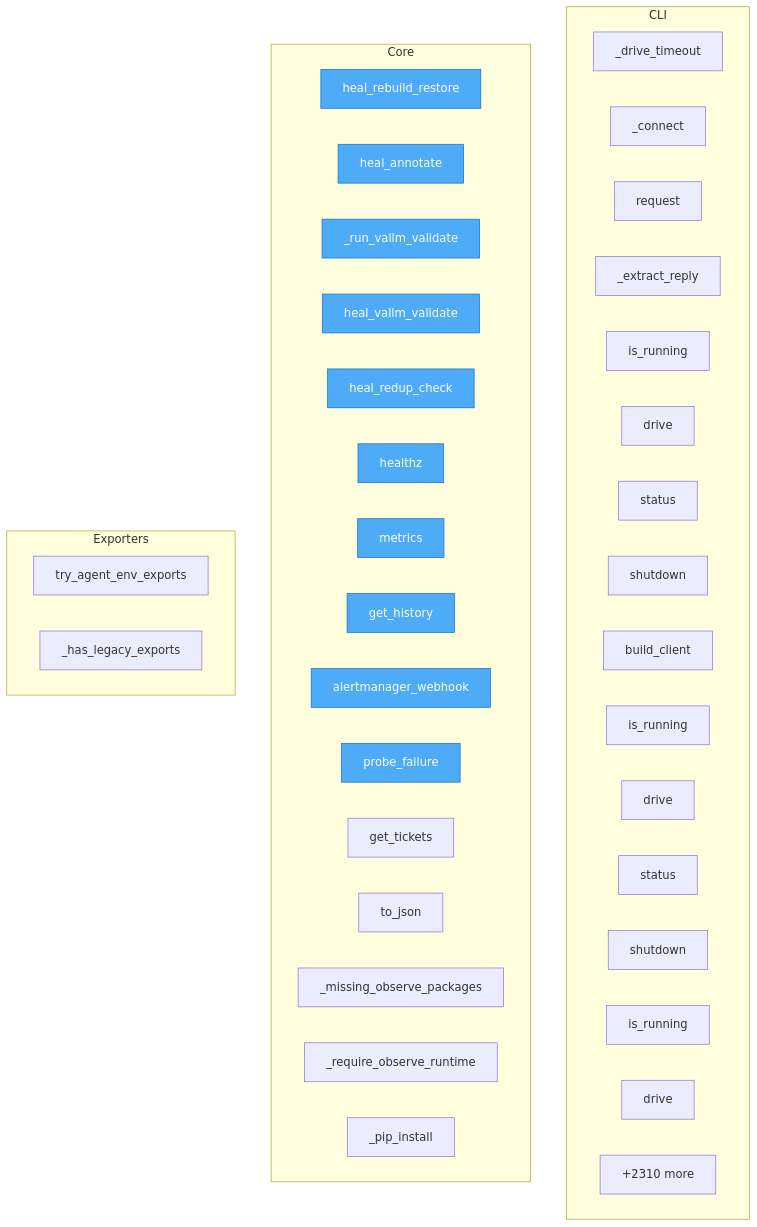
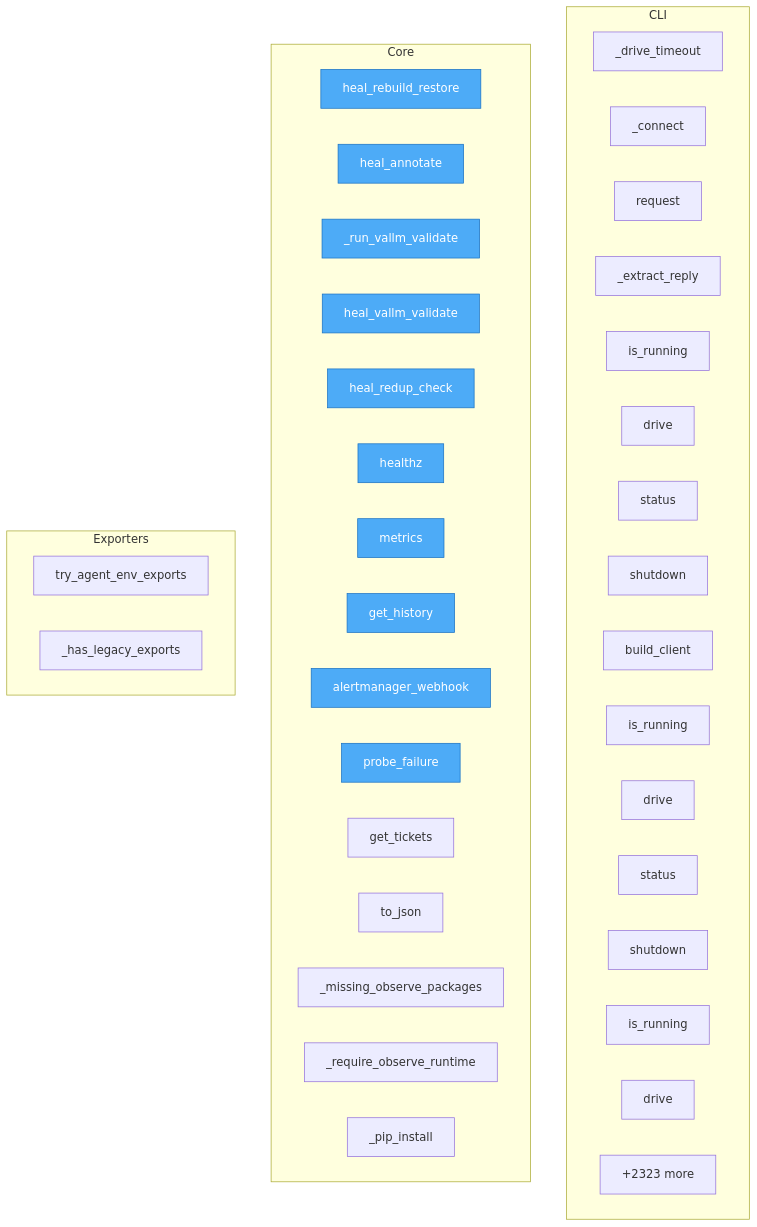
Before and after one commit to semcod/koru: the diagram in project/flow.mmd, drawn with Mermaid. The commit also changed 27 other files, not shown here.

```diff
--- a/project/flow.mmd
+++ b/project/flow.mmd
@@ -1,50 +1,50 @@
 flowchart TD
-%% generated in 0.13s
+%% generated in 0.17s
 
     %% Entry points (blue)
     classDef entry fill:#4dabf7,stroke:#1971c2,color:#fff
 
     subgraph CLI
         koruide__client__KoruIDEClient___drive_timeout["_drive_timeout"]
         koruide__client__KoruIDEClient___connect["_connect"]
         koruide__client__KoruIDEClient__request["request"]
         koruide__client__KoruIDEClient___extract_reply["_extract_reply"]
         koruide__client__KoruIDEClient__is_running["is_running"]
         koruide__client__KoruIDEClient__drive["drive"]
         koruide__client__KoruIDEClient__status["status"]
         koruide__client__KoruIDEClient__shutdown["shutdown"]
         koruide__client__build_client["build_client"]
         koru__ide_client__IDEControlClient__is_running["is_running"]
         koru__ide_client__IDEControlClient__drive["drive"]
         koru__ide_client__IDEControlClient__status["status"]
         koru__ide_client__IDEControlClient__shutdown["shutdown"]
         koru__ide_client__LegacyAutopilotClientAdapter__is_running["is_running"]
         koru__ide_client__LegacyAutopilotClientAdapter__drive["drive"]
         ...["+6 more"]
     end
 
     subgraph Core
         services__healing_webhook__app__heal_rebuild_restore["heal_rebuild_restore"]
         services__healing_webhook__app__heal_annotate["heal_annotate"]
         services__healing_webhook__app___run_vallm_validate["_run_vallm_validate"]
         services__healing_webhook__app__heal_vallm_validate["heal_vallm_validate"]
         services__healing_webhook__app__heal_redup_check["heal_redup_check"]
         services__healing_webhook__app__healthz["healthz"]
         services__healing_webhook__app__metrics["metrics"]
         services__healing_webhook__app__get_history["get_history"]
         services__healing_webhook__app__alertmanager_webhook["alertmanager_webhook"]
         services__healing_webhook__app__probe_failure["probe_failure"]
         services__healing_webhook__app__get_tickets["get_tickets"]
         src__koruobserve__lifecycle__ObserveProcesses__to_json["to_json"]
         src__koruobserve__cli___missing_observe_packages["_missing_observe_packages"]
         src__koruobserve__cli___require_observe_runtime["_require_observe_runtime"]
         src__koruobserve__cli___pip_install["_pip_install"]
-        ...["+2310 more"]
+        ...["+2323 more"]
     end
 
     subgraph Exporters
         src__koru__agent_cli_helpers__try_agent_env_exports["try_agent_env_exports"]
         src__koru__cli___has_legacy_exports["_has_legacy_exports"]
     end
 
     class services__healing_webhook__app__heal_rebuild_restore,services__healing_webhook__app__heal_annotate,services__healing_webhook__app___run_vallm_validate,services__healing_webhook__app__heal_vallm_validate,services__healing_webhook__app__heal_redup_check,services__healing_webhook__app__healthz,services__healing_webhook__app__metrics,services__healing_webhook__app__get_history,services__healing_webhook__app__alertmanager_webhook,services__healing_webhook__app__probe_failure entry
```
